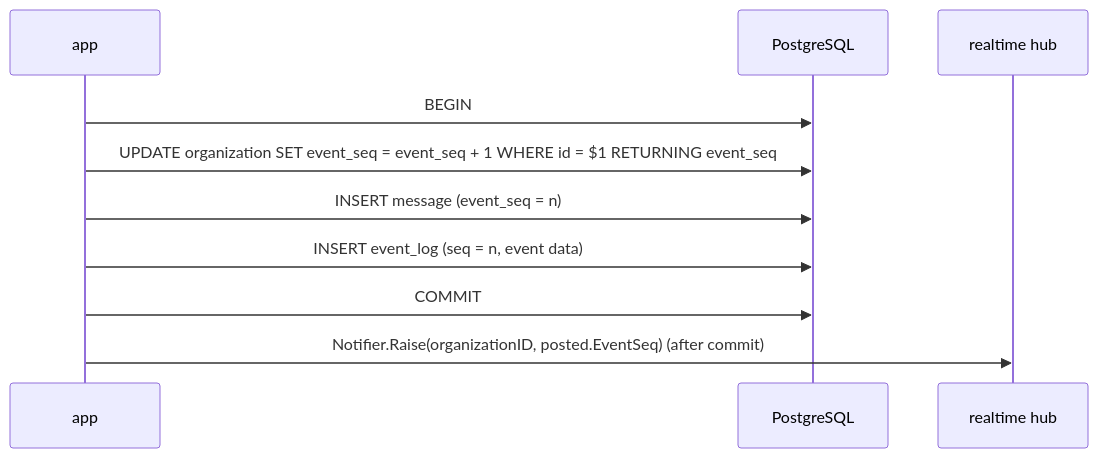
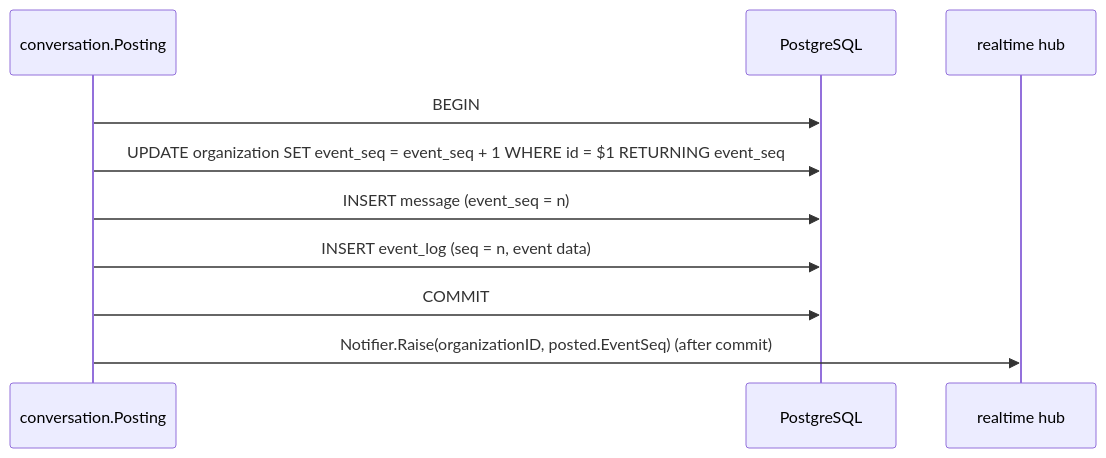
The diagram in docs/architecture/posting.md (tkakkie/ribbitto), drawn with Mermaid before and after one commit. The commit also changed other lines of this file and 29 other files, not shown here.

First line of the commit message:
refactor(conversation): switch posting to conversation's use case and delete app/message

````diff
--- a/docs/architecture/posting.md
+++ b/docs/architecture/posting.md
@@ -5,12 +5,12 @@
 ```mermaid
 sequenceDiagram
-  participant A as app
+  participant A as conversation.Posting
   participant DB as PostgreSQL
   participant H as realtime hub
   A->>DB: BEGIN
   A->>DB: UPDATE organization SET event_seq = event_seq + 1 WHERE id = $1 RETURNING event_seq
   A->>DB: INSERT message (event_seq = n)
   A->>DB: INSERT event_log (seq = n, event data)
   A->>DB: COMMIT
   A->>H: Notifier.Raise(organizationID, posted.EventSeq) (after commit)
 ```
````
